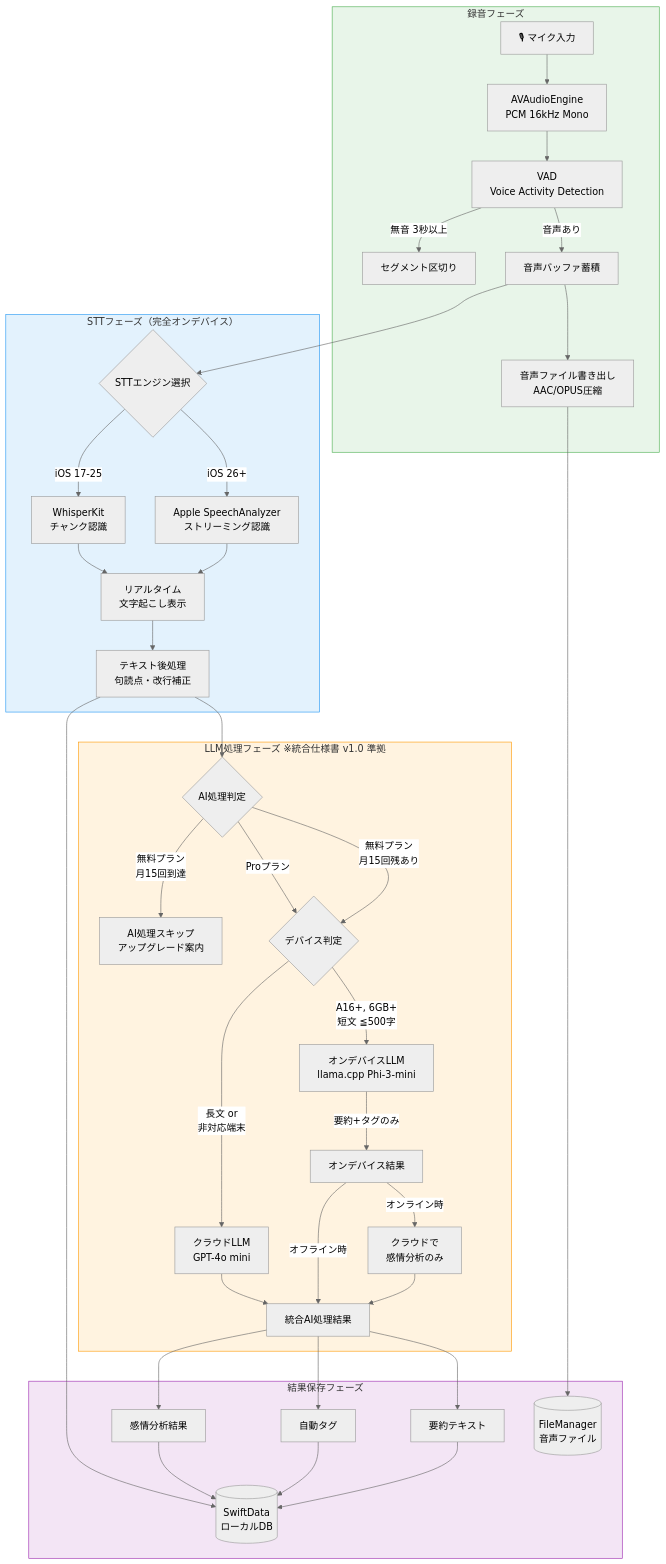
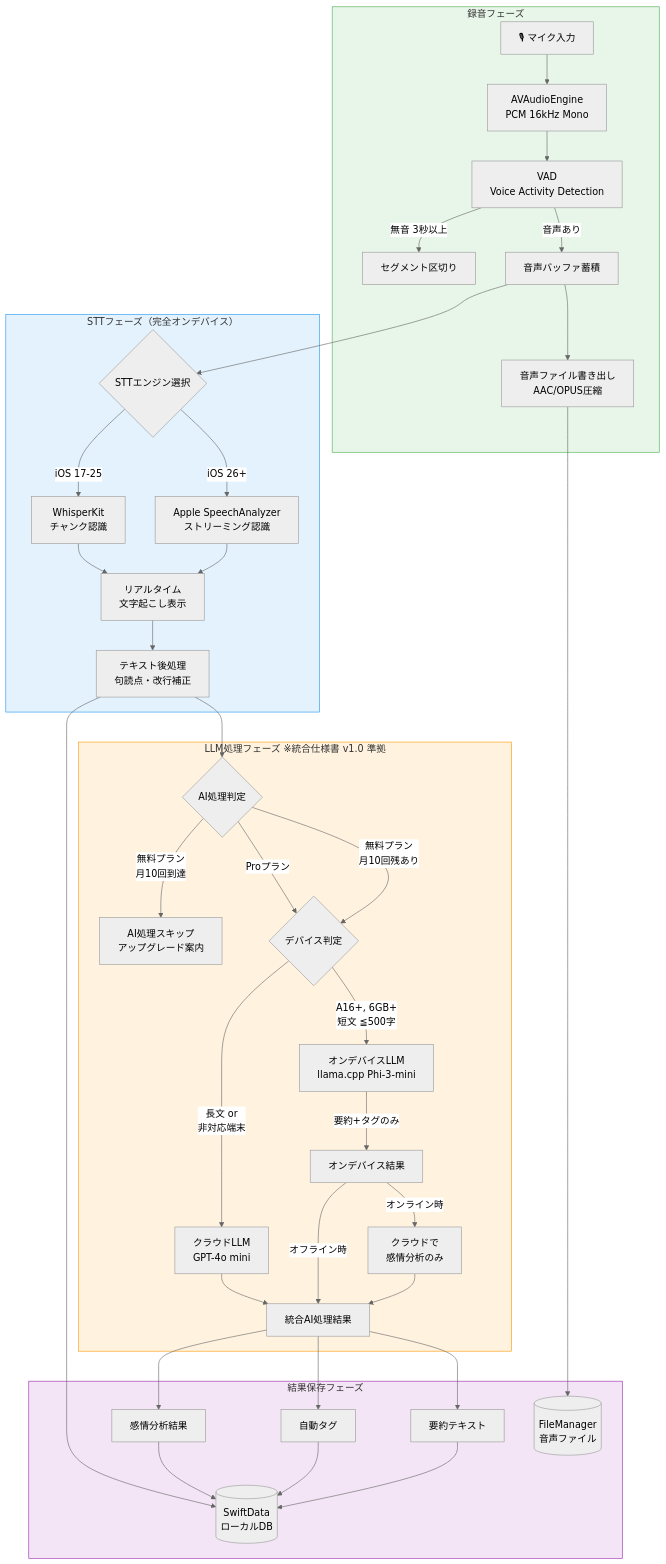
One commit to yoskmr/VoiceMemo changed the first of 8 diagrams in docs/spec/ai-voice-memo/design/02-ai-pipeline.md. Above: the diagram before and after it, drawn with Mermaid (neutral theme). The commit also changed other lines of this file and 31 other files, not shown here.

````diff
--- a/docs/spec/ai-voice-memo/design/02-ai-pipeline.md
+++ b/docs/spec/ai-voice-memo/design/02-ai-pipeline.md
@@ -29,49 +29,49 @@
 ```mermaid
 flowchart TB
     subgraph Recording["録音フェーズ"]
         A[🎙 マイク入力] --> B[AVAudioEngine<br/>PCM 16kHz Mono]
         B --> C[VAD<br/>Voice Activity Detection]
         C -->|音声あり| D[音声バッファ蓄積]
         C -->|無音 3秒以上| E[セグメント区切り]
         D --> F[音声ファイル書き出し<br/>AAC/OPUS圧縮]
     end
 
     subgraph STT["STTフェーズ（完全オンデバイス）"]
         D --> G{STTエンジン選択}
         G -->|iOS 26+| H[Apple SpeechAnalyzer<br/>ストリーミング認識]
         G -->|iOS 17-25| I[WhisperKit<br/>チャンク認識]
         H --> J[リアルタイム<br/>文字起こし表示]
         I --> J
         J --> K[テキスト後処理<br/>句読点・改行補正]
     end
 
     subgraph LLM["LLM処理フェーズ ※統合仕様書 v1.0 準拠"]
         K --> L{AI処理判定}
-        L -->|無料プラン<br/>月15回残あり| M{デバイス判定}
+        L -->|無料プラン<br/>月10回残あり| M{デバイス判定}
         L -->|Proプラン| M
-        L -->|無料プラン<br/>月15回到達| N[AI処理スキップ<br/>アップグレード案内]
+        L -->|無料プラン<br/>月10回到達| N[AI処理スキップ<br/>アップグレード案内]
         M -->|A16+, 6GB+<br/>短文 ≦500字| O[オンデバイスLLM<br/>llama.cpp Phi-3-mini]
         M -->|長文 or<br/>非対応端末| P[クラウドLLM<br/>GPT-4o mini]
         O -->|要約+タグのみ| Q1[オンデバイス結果]
         Q1 -->|オンライン時| P2[クラウドで<br/>感情分析のみ]
         Q1 -->|オフライン時| Q[統合AI処理結果]
         P2 --> Q
         P --> Q
     end
 
     subgraph Output["結果保存フェーズ"]
         Q --> R[要約テキスト]
         Q --> S[自動タグ]
         Q --> T[感情分析結果]
         R --> U[(SwiftData<br/>ローカルDB)]
         S --> U
         T --> U
         F --> V[(FileManager<br/>音声ファイル)]
         K --> U
     end
 
     style Recording fill:#e8f5e9,stroke:#4caf50
     style STT fill:#e3f2fd,stroke:#2196f3
     style LLM fill:#fff3e0,stroke:#ff9800
     style Output fill:#f3e5f5,stroke:#9c27b0
 ```
````
